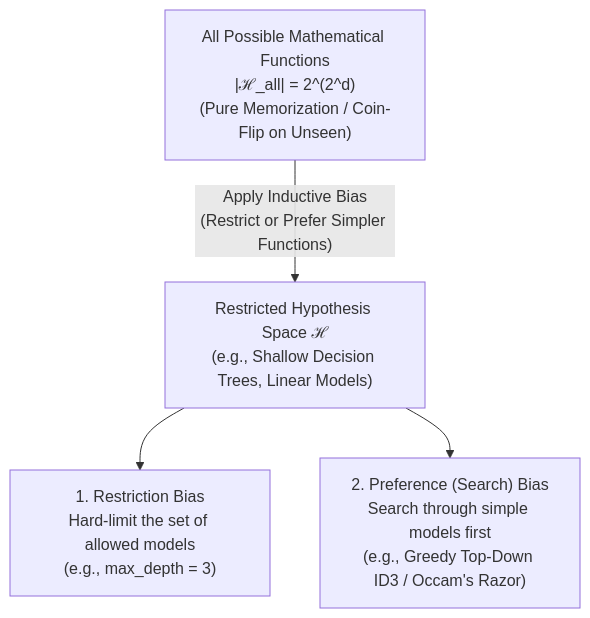
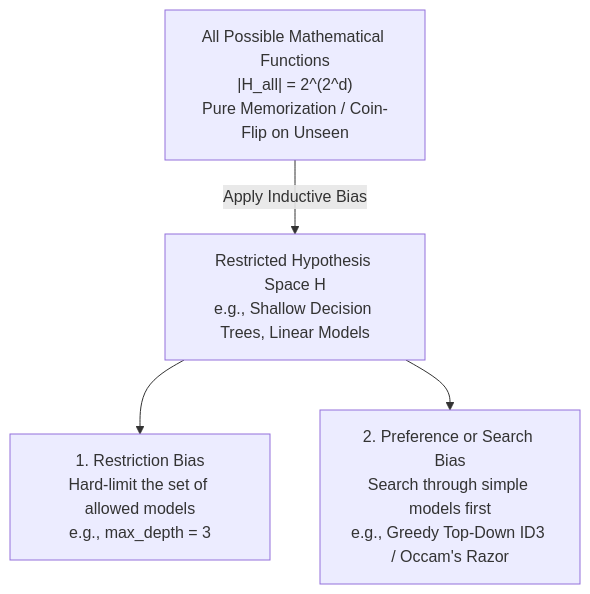
One commit to Tikam321/MachineLearning changed the third of 6 diagrams in ML-Basic/Limits-of-Learning-2.md. Above: the diagram before and after it, drawn with Mermaid. The commit also changed other lines of this file, not shown here.

````diff
--- a/ML-Basic/Limits-of-Learning-2.md
+++ b/ML-Basic/Limits-of-Learning-2.md
@@ -142,8 +146,8 @@
 ```mermaid
 graph TD
-    U["All Possible Mathematical Functions<br>|ℋ_all| = 2^(2^d)<br>(Pure Memorization / Coin-Flip on Unseen)"] 
-    -->|"Apply Inductive Bias<br>(Restrict or Prefer Simpler Functions)"| H["Restricted Hypothesis Space ℋ<br>(e.g., Shallow Decision Trees, Linear Models)"]
+    U["All Possible Mathematical Functions<br/>|H_all| = 2^(2^d)<br/>Pure Memorization / Coin-Flip on Unseen"] 
+    -->|"Apply Inductive Bias"| H["Restricted Hypothesis Space H<br/>e.g., Shallow Decision Trees, Linear Models"]
     
-    H --> R1["1. Restriction Bias<br>Hard-limit the set of allowed models<br>(e.g., max_depth = 3)"]
-    H --> R2["2. Preference (Search) Bias<br>Search through simple models first<br>(e.g., Greedy Top-Down ID3 / Occam's Razor)"]
+    H --> R1["1. Restriction Bias<br/>Hard-limit the set of allowed models<br/>e.g., max_depth = 3"]
+    H --> R2["2. Preference or Search Bias<br/>Search through simple models first<br/>e.g., Greedy Top-Down ID3 / Occam's Razor"]
 ```
````
